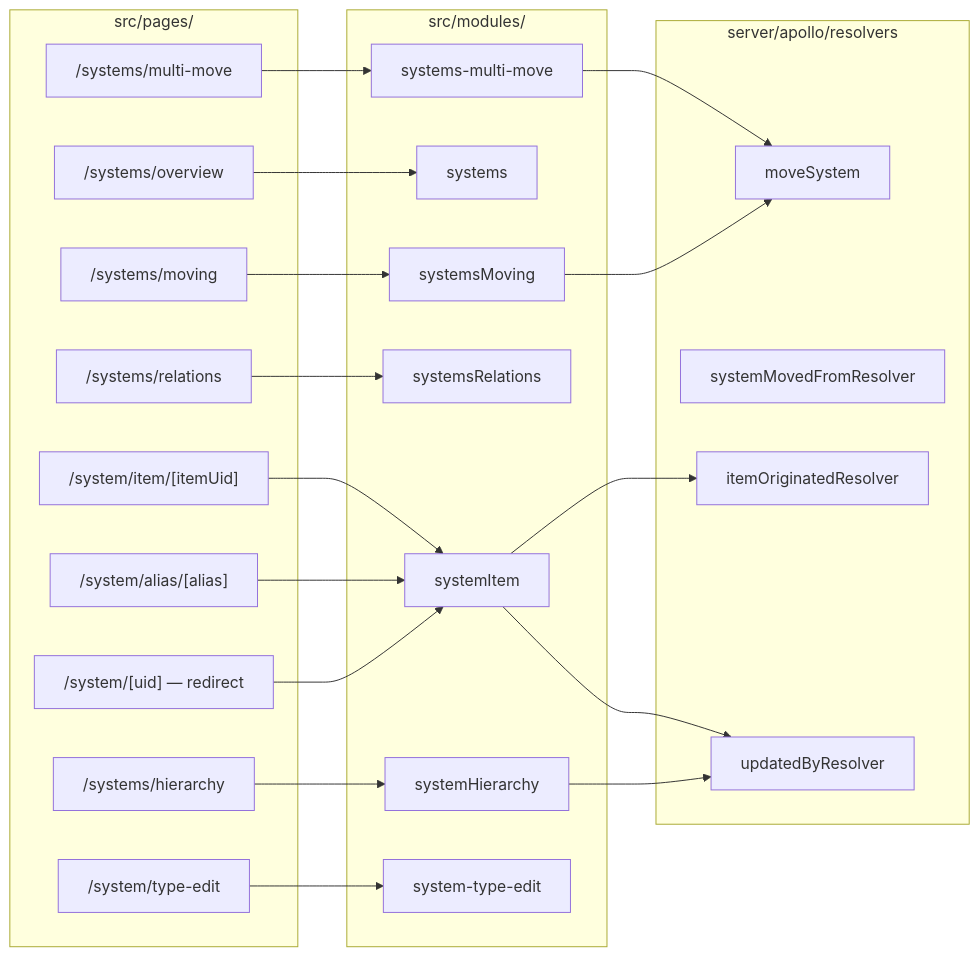
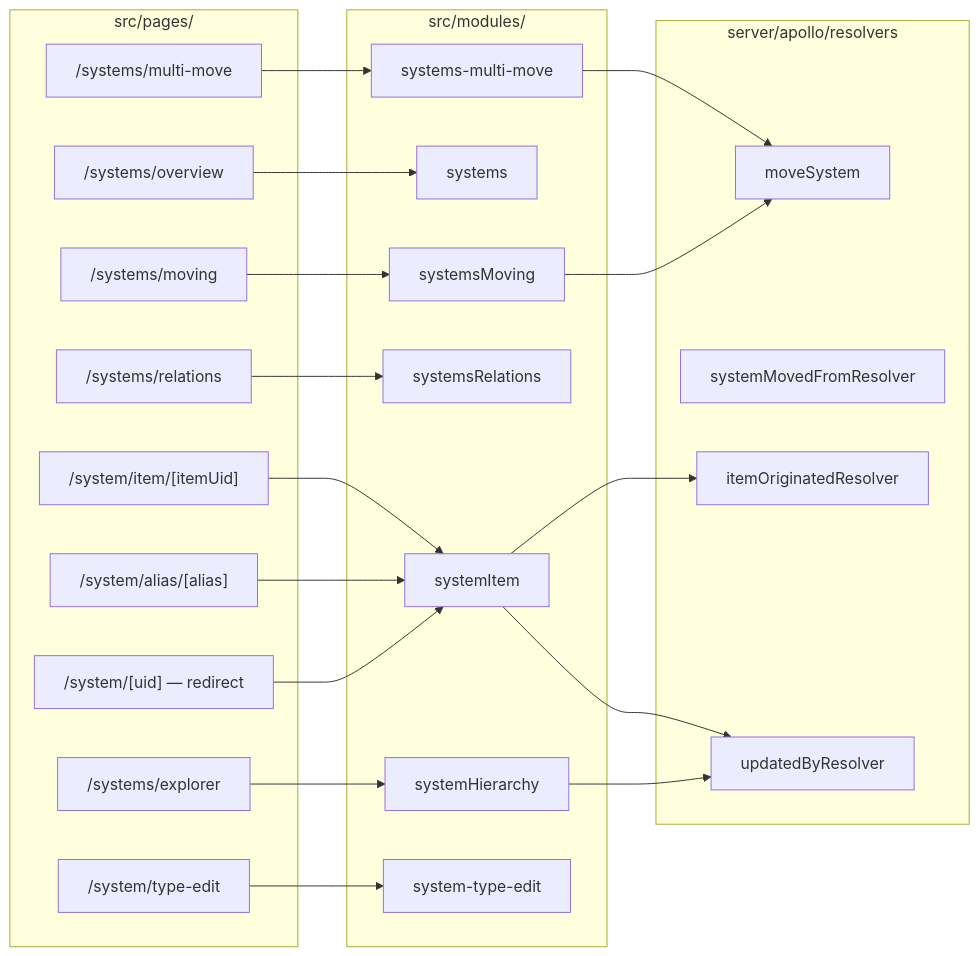
One commit to eli-eric/ELI-panda changed the second of 3 diagrams in docs/technical/systems-family/README.md. Above: the diagram before and after it, drawn with Mermaid. The commit also changed other lines of this file and 15 other files, not shown here.

First line of the commit message:
docs(systems): REST edit path, soft lock, Edit System sheet, Systems Explorer

````diff
--- a/docs/technical/systems-family/README.md
+++ b/docs/technical/systems-family/README.md
@@ -125,44 +125,44 @@
 ```mermaid
 flowchart LR
     subgraph Pages["src/pages/"]
-        P1["/systems/hierarchy"]
+        P1["/systems/explorer"]
         P2["/systems/overview"]
         P3["/system/[uid] — redirect"]
         P4["/systems/relations"]
         P5["/systems/moving"]
         P6["/systems/multi-move"]
         P7["/system/type-edit"]
         P8["/system/alias/[alias]"]
         P9["/system/item/[itemUid]"]
     end
     subgraph Modules["src/modules/"]
         M1[systemHierarchy]
         M2[systems]
         M3[systemItem]
         M4[systemsRelations]
         M5[systemsMoving]
         M6[systems-multi-move]
         M7[system-type-edit]
     end
     subgraph Resolvers["server/apollo/resolvers"]
         R1[moveSystem]
         R2[systemMovedFromResolver]
         R3[itemOriginatedResolver]
         R4[updatedByResolver]
     end
 
     P1 --> M1
     P2 --> M2
     P3 --> M3
     P4 --> M4
     P5 --> M5
     P6 --> M6
     P7 --> M7
     P8 --> M3
     P9 --> M3
     M5 --> R1
     M6 --> R1
     M1 --> R4
     M3 --> R4
     M3 --> R3
 ```
````
